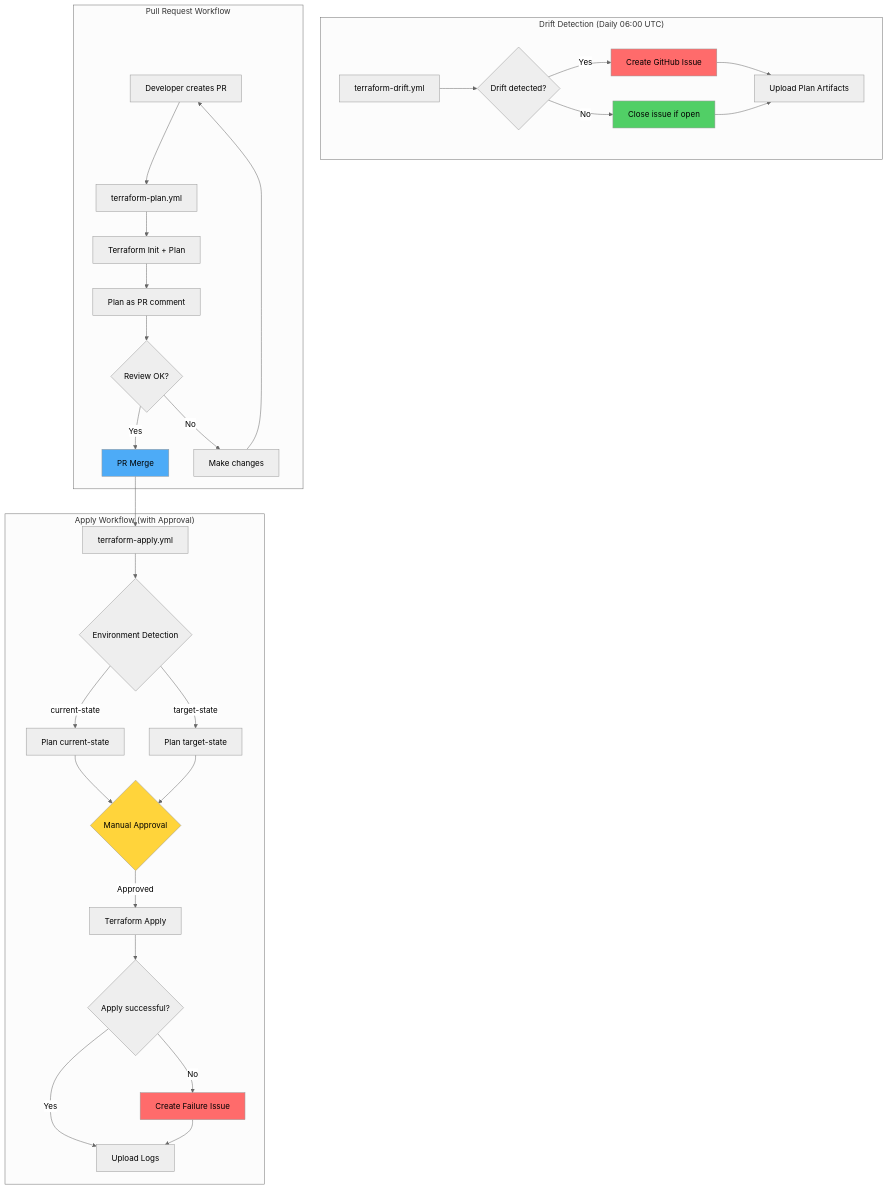
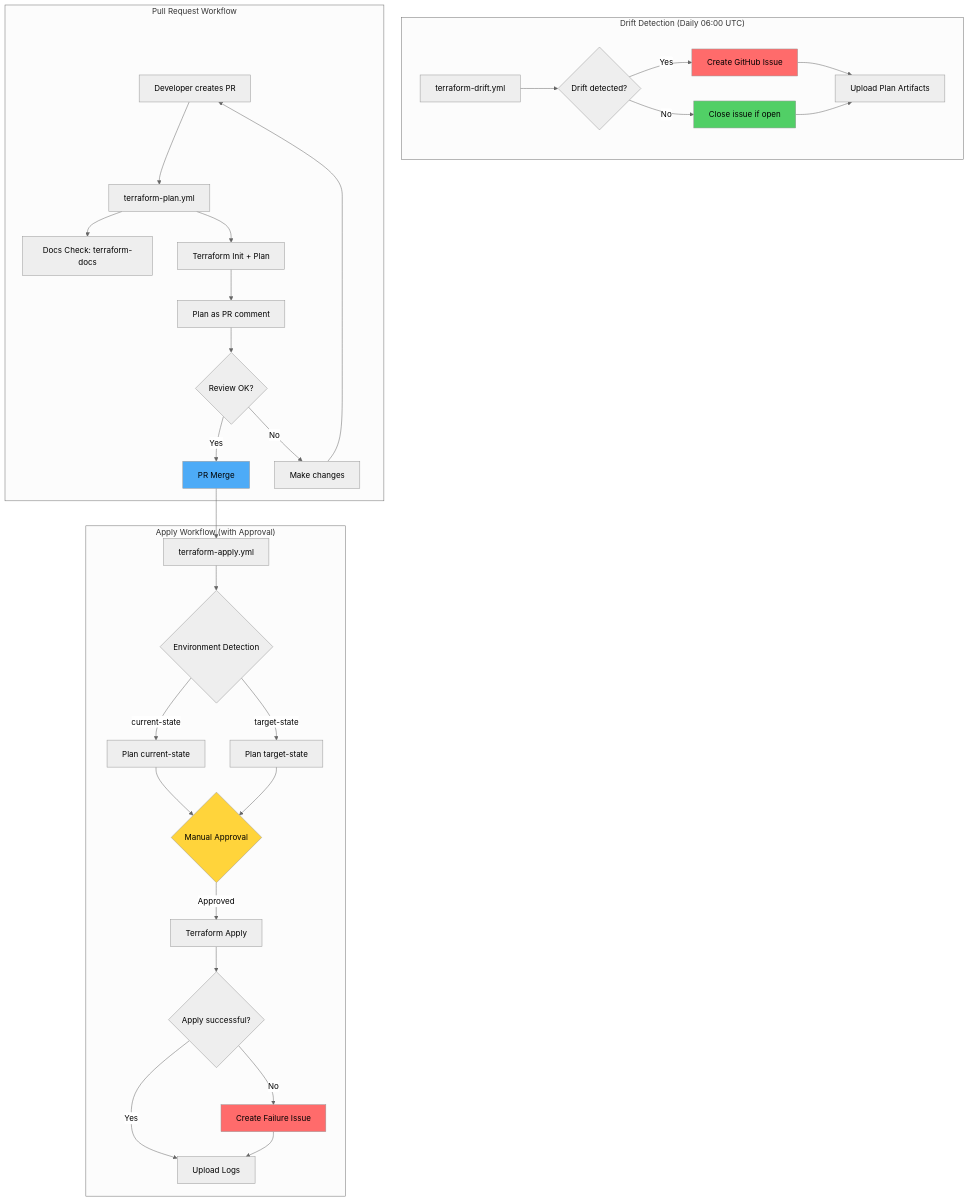
Before and after one commit to dranelixx/server-infrastructure: the first of 12 diagrams in .github/workflows/ARCHITECTURE.md, drawn with Mermaid (neutral theme). The commit also changed other lines of this file and 8 other files, not shown here.

First line of the commit message:
feat(ci): add terraform-docs CI check and auto-generated module docs (#65)

````diff
--- a/.github/workflows/ARCHITECTURE.md
+++ b/.github/workflows/ARCHITECTURE.md
@@ -7,40 +7,41 @@
 ```mermaid
 graph TB
     subgraph "Drift Detection (Daily 06:00 UTC)"
         A[terraform-drift.yml] --> B{Drift detected?}
         B -->|Yes| C[Create GitHub Issue]
         B -->|No| D[Close issue if open]
         C --> E[Upload Plan Artifacts]
         D --> E
     end
 
     subgraph "Pull Request Workflow"
         F[Developer creates PR] --> G[terraform-plan.yml]
+        G --> G2[Docs Check: terraform-docs]
         G --> H[Terraform Init + Plan]
         H --> I[Plan as PR comment]
         I --> J{Review OK?}
         J -->|Yes| K[PR Merge]
         J -->|No| L[Make changes]
         L --> F
     end
 
     subgraph "Apply Workflow (with Approval)"
         K --> M[terraform-apply.yml]
         M --> N{Environment Detection}
         N -->|current-state| O[Plan current-state]
         N -->|target-state| P[Plan target-state]
         O --> Q{Manual Approval}
         P --> Q
         Q -->|Approved| R[Terraform Apply]
         R --> S{Apply successful?}
         S -->|Yes| T[Upload Logs]
         S -->|No| U[Create Failure Issue]
         U --> T
     end
 
     style C fill:#ff6b6b
     style D fill:#51cf66
     style K fill:#4dabf7
     style Q fill:#ffd43b
     style U fill:#ff6b6b
 ```
````
